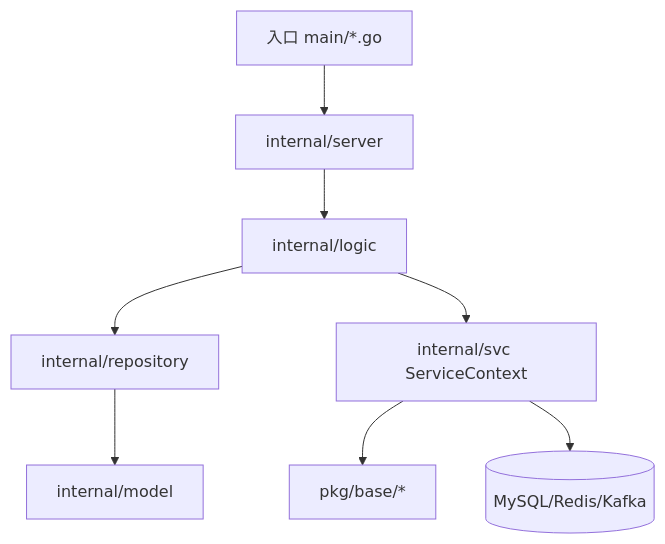
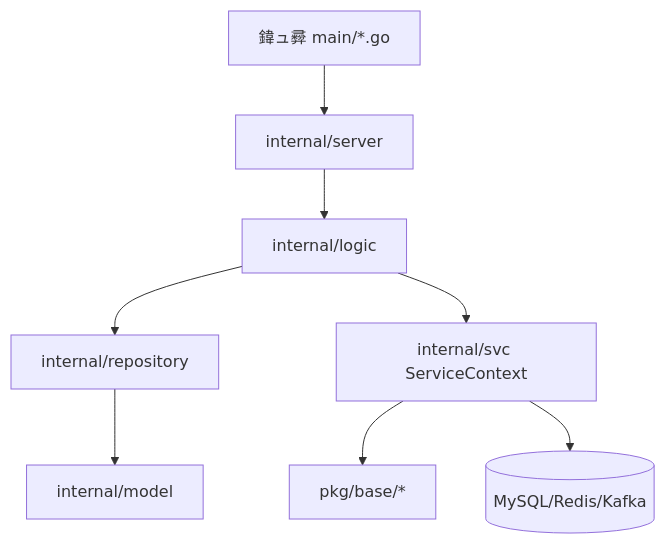
The second of 2 diagrams in docs/architecture/01-system-and-code-architecture.md (trynewthin/FlashSale), drawn with Mermaid before and after one commit. The commit also changed other lines of this file and 169 other files, not shown here.

````diff
--- a/docs/architecture/01-system-and-code-architecture.md
+++ b/docs/architecture/01-system-and-code-architecture.md
@@ -57,10 +57,10 @@
 ```mermaid
 flowchart TD
-  Entry[入口 main/*.go] --> Server[internal/server]
+  Entry[鍏ュ彛 main/*.go] --> Server[internal/server]
   Server --> Logic[internal/logic]
   Logic --> Repo[internal/repository]
   Repo --> Model[internal/model]
   Logic --> Svc[internal/svc ServiceContext]
   Svc --> Base[pkg/base/*]
   Svc --> Infra[(MySQL/Redis/Kafka)]
 ```
````
